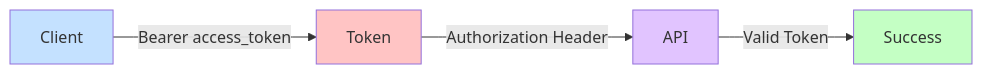
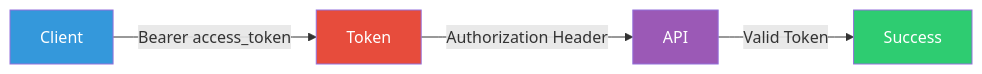
Before and after one commit to jtombo45/SeniorEngineerRoadmap: the third of 6 diagrams in Authenication/README.md, drawn with Mermaid. The commit also changed other lines of this file, not shown here.

Commit message:
updated diagram color for better contrast

````diff
--- a/Authenication/README.md
+++ b/Authenication/README.md
@@ -180,11 +180,11 @@
 ```mermaid
 flowchart LR
     A[Client] -->|Bearer access_token| B[Token]
     B -->|Authorization Header| C[API]
     C -->|Valid Token| D[Success]
     
-    style A fill:#c4e1ff
-    style B fill:#ffc4c4
-    style C fill:#e1c4ff
-    style D fill:#c4ffc4
+    style A fill:#3498DB,color:#fff
+    style B fill:#E74C3C,color:#fff
+    style C fill:#9B59B6,color:#fff
+    style D fill:#2ECC71,color:#fff
 ```
````
